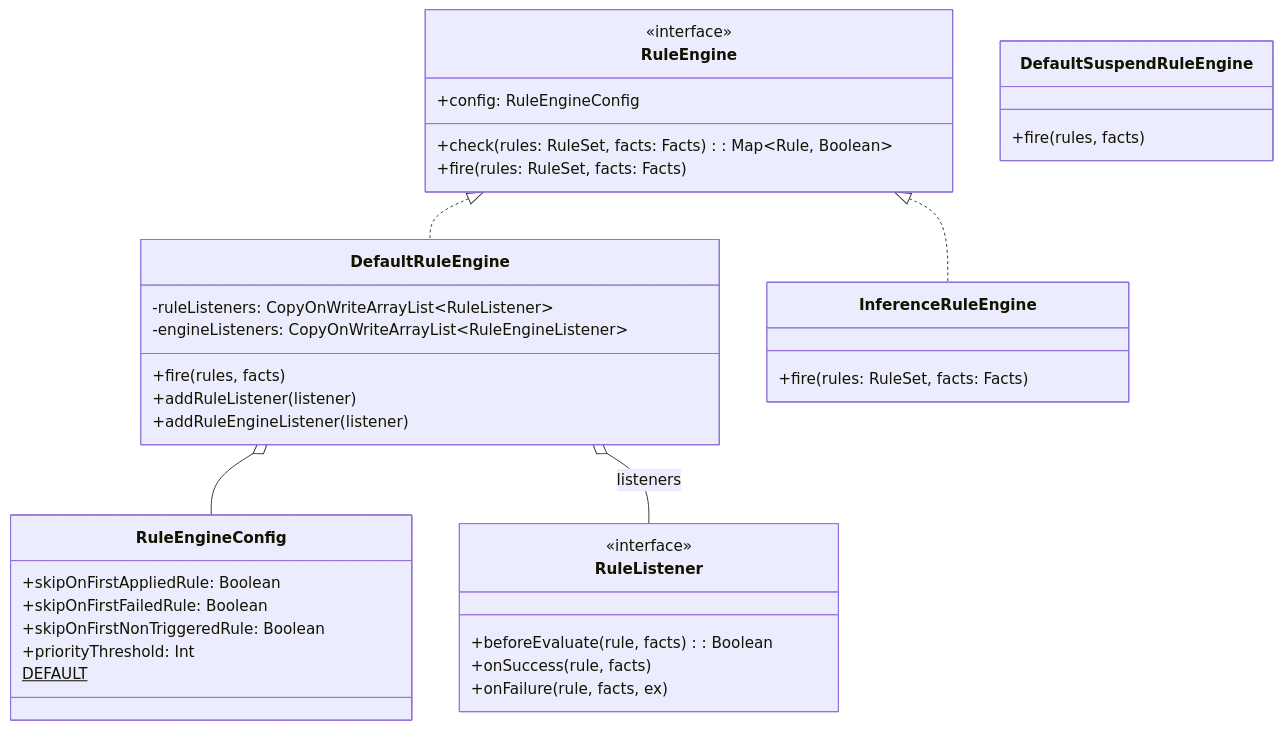
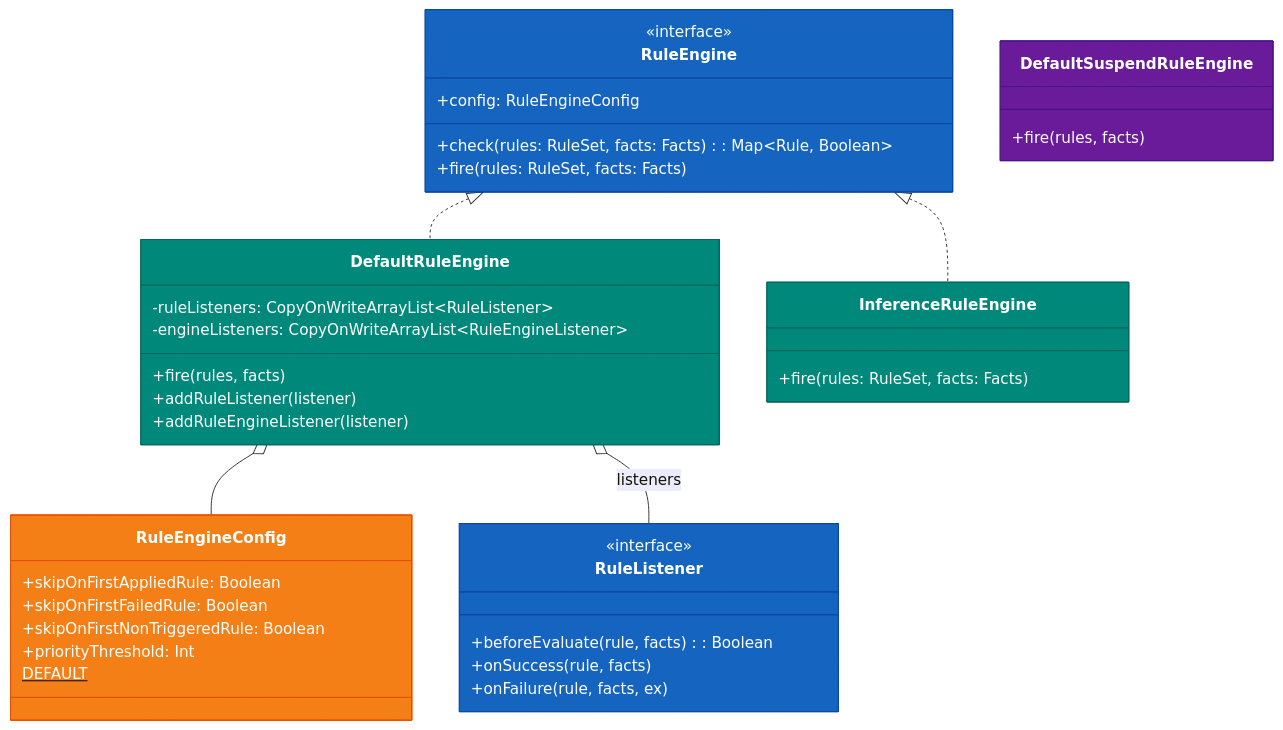
The third of 8 diagrams in utils/rule-engine/README.ko.md (bluetape4k/bluetape4k-projects), drawn with Mermaid before and after one commit. The commit also changed other lines of this file and 221 other files, not shown here.

First line of the commit message:
docs: 전체 모듈 README UML 다이어그램 보강 및 색상 업그레이드

````diff
--- a/utils/rule-engine/README.ko.md
+++ b/utils/rule-engine/README.ko.md
@@ -121,45 +140,52 @@
 ```mermaid
 classDiagram
     class RuleEngine {
         <<interface>>
         +config: RuleEngineConfig
         +check(rules: RuleSet, facts: Facts): Map~Rule, Boolean~
         +fire(rules: RuleSet, facts: Facts)
     }
 
     class DefaultRuleEngine {
         -ruleListeners: CopyOnWriteArrayList~RuleListener~
         -engineListeners: CopyOnWriteArrayList~RuleEngineListener~
         +fire(rules, facts)
         +addRuleListener(listener)
         +addRuleEngineListener(listener)
     }
 
     class DefaultSuspendRuleEngine {
         +fire(rules, facts)
     }
 
     class InferenceRuleEngine {
         +fire(rules: RuleSet, facts: Facts)
     }
 
     class RuleEngineConfig {
         +skipOnFirstAppliedRule: Boolean
         +skipOnFirstFailedRule: Boolean
         +skipOnFirstNonTriggeredRule: Boolean
         +priorityThreshold: Int
         DEFAULT$
     }
 
     class RuleListener {
         <<interface>>
         +beforeEvaluate(rule, facts): Boolean
         +onSuccess(rule, facts)
         +onFailure(rule, facts, ex)
     }
 
     RuleEngine <|.. DefaultRuleEngine
     RuleEngine <|.. InferenceRuleEngine
     DefaultRuleEngine o-- RuleEngineConfig
     DefaultRuleEngine o-- RuleListener : listeners
+
+    style RuleEngine fill:#1565C0,stroke:#0D47A1,color:#FFFFFF
+    style DefaultRuleEngine fill:#00897B,stroke:#00695C,color:#FFFFFF
+    style DefaultSuspendRuleEngine fill:#6A1B9A,stroke:#4A148C,color:#FFFFFF
+    style InferenceRuleEngine fill:#00897B,stroke:#00695C,color:#FFFFFF
+    style RuleEngineConfig fill:#F57F17,stroke:#E65100,color:#FFFFFF
+    style RuleListener fill:#1565C0,stroke:#0D47A1,color:#FFFFFF
 ```
````
